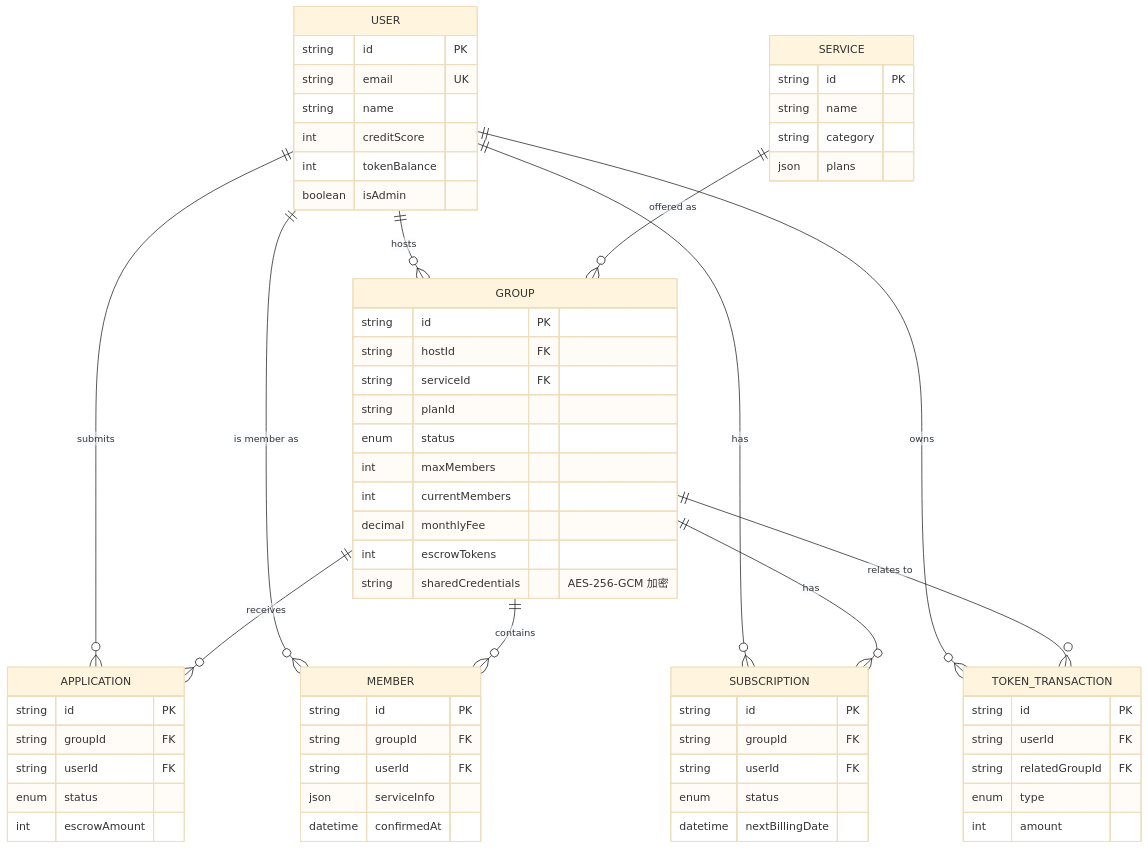
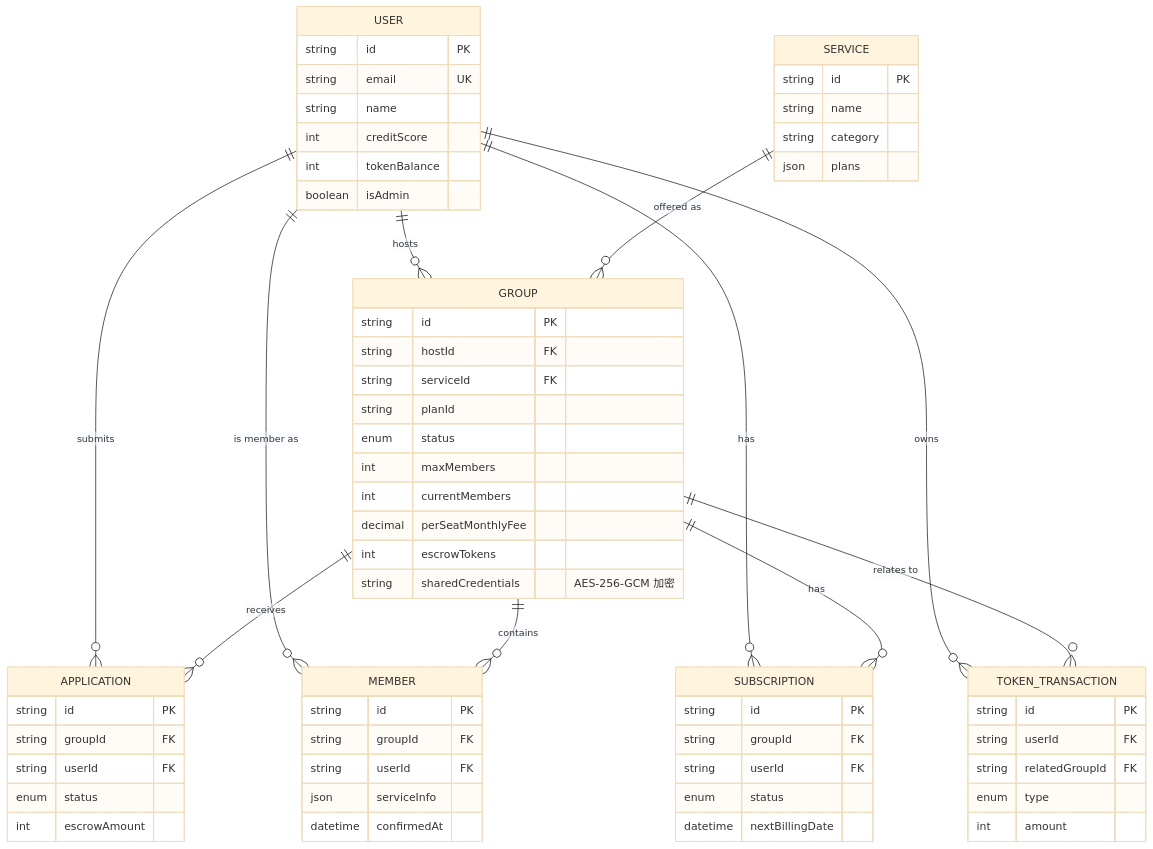
One commit to s1092055/PartyMatch changed the diagram in docs/architecture/database.md. Above: the diagram before and after it, drawn with Mermaid (base theme). The commit also changed 13 other files, not shown here.

First line of the commit message:
refactor: 解決 monthlyFee 欄位跨 model 語意相反的命名問題

````diff
--- a/docs/architecture/database.md
+++ b/docs/architecture/database.md
@@ -9,68 +9,68 @@
 ```mermaid
 erDiagram
   USER ||--o{ GROUP : hosts
   USER ||--o{ APPLICATION : submits
   USER ||--o{ MEMBER : "is member as"
   USER ||--o{ SUBSCRIPTION : has
   USER ||--o{ TOKEN_TRANSACTION : owns
   SERVICE ||--o{ GROUP : "offered as"
   GROUP ||--o{ APPLICATION : receives
   GROUP ||--o{ MEMBER : contains
   GROUP ||--o{ SUBSCRIPTION : has
   GROUP ||--o{ TOKEN_TRANSACTION : "relates to"
 
   USER {
     string id PK
     string email UK
     string name
     int creditScore
     int tokenBalance
     boolean isAdmin
   }
   SERVICE {
     string id PK
     string name
     string category
     json plans
   }
   GROUP {
     string id PK
     string hostId FK
     string serviceId FK
     string planId
     enum status
     int maxMembers
     int currentMembers
-    decimal monthlyFee
+    decimal perSeatMonthlyFee
     int escrowTokens
     string sharedCredentials "AES-256-GCM 加密"
   }
   APPLICATION {
     string id PK
     string groupId FK
     string userId FK
     enum status
     int escrowAmount
   }
   MEMBER {
     string id PK
     string groupId FK
     string userId FK
     json serviceInfo
     datetime confirmedAt
   }
   SUBSCRIPTION {
     string id PK
     string groupId FK
     string userId FK
     enum status
     datetime nextBillingDate
   }
   TOKEN_TRANSACTION {
     string id PK
     string userId FK
     string relatedGroupId FK
     enum type
     int amount
   }
 ```
````
